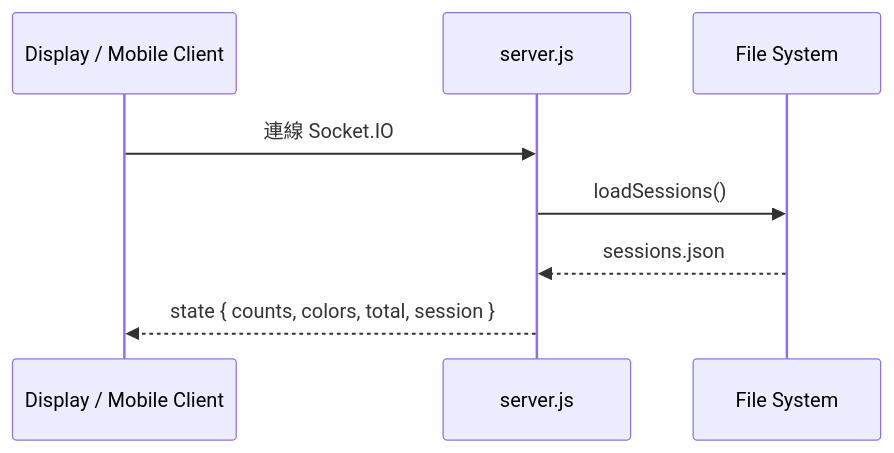
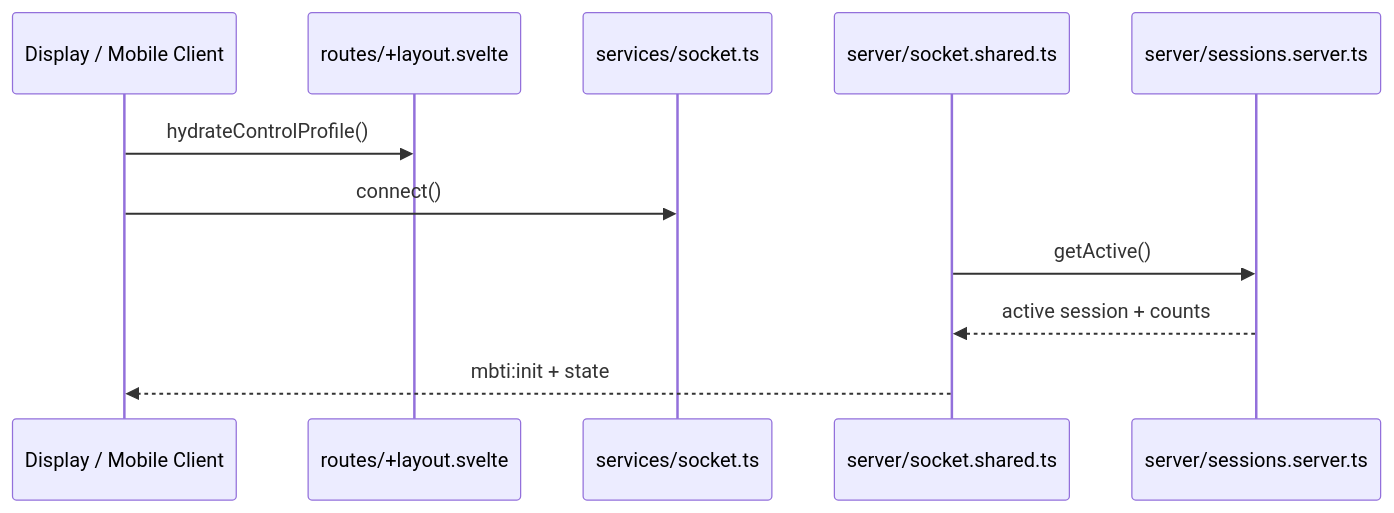
One commit to snowfallsout/colorfield changed the tenth of 12 diagrams in devnotes/ARCHITECTURE.md. Above: the diagram before and after it, drawn with Mermaid. The commit also changed other lines of this file and 1 other file, not shown here.

````diff
--- a/devnotes/ARCHITECTURE.md
+++ b/devnotes/ARCHITECTURE.md
@@ -582,11 +903,14 @@
 ```mermaid
 sequenceDiagram
   participant Client as Display / Mobile Client
-  participant Server as server.js
-  participant FS as File System
+  participant Layout as routes/+layout.svelte
+  participant Socket as services/socket.ts
+  participant Server as server/socket.shared.ts
+  participant Sessions as server/sessions.server.ts
 
-  Client->>Server: 連線 Socket.IO
-  Server->>FS: loadSessions()
-  FS-->>Server: sessions.json
-  Server-->>Client: state { counts, colors, total, session }
+  Client->>Layout: hydrateControlProfile()
+  Client->>Socket: connect()
+  Server->>Sessions: getActive()
+  Sessions-->>Server: active session + counts
+  Server-->>Client: mbti:init + state
 ```
````
